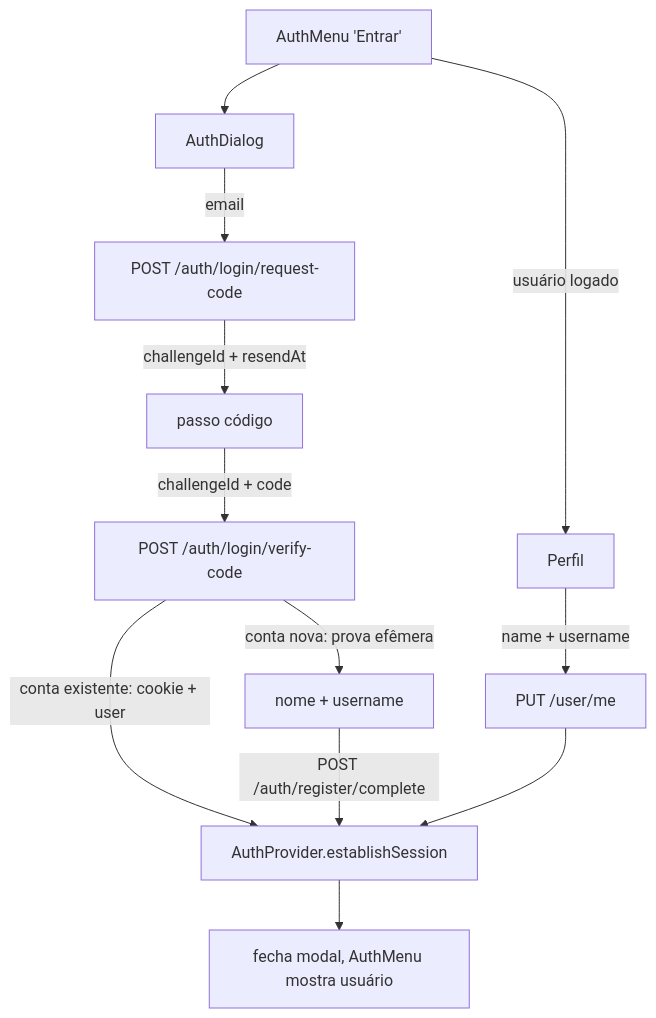
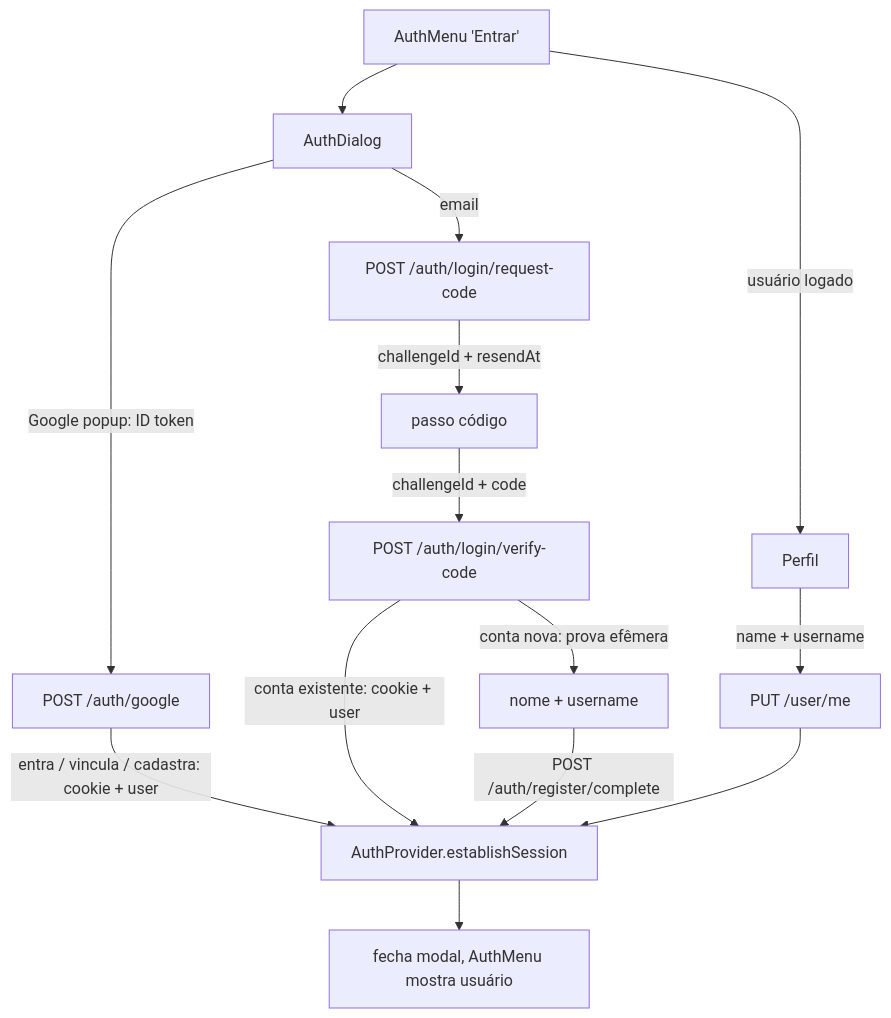
The second of 2 diagrams in doc/admin/area-admin.md (RaeII/cidoa), drawn with Mermaid before and after one commit. The commit also changed other lines of this file and 9 other files, not shown here.

````diff
--- a/doc/admin/area-admin.md
+++ b/doc/admin/area-admin.md
@@ -129,14 +131,16 @@
 ```mermaid
 flowchart TD
     Btn[AuthMenu 'Entrar'] --> Modal[AuthDialog]
+    Modal -->|Google popup: ID token| GG[POST /auth/google]
+    GG -->|entra / vincula / cadastra: cookie + user| AP
     Modal -->|email| RC[POST /auth/login/request-code]
     RC -->|challengeId + resendAt| Code[passo código]
     Code -->|challengeId + code| VC[POST /auth/login/verify-code]
     VC -->|conta existente: cookie + user| AP[AuthProvider.establishSession]
     VC -->|conta nova: prova efêmera| Cadastro[nome + username]
     Cadastro -->|POST /auth/register/complete| AP
     AP --> Close[fecha modal, AuthMenu mostra usuário]
     Btn -->|usuário logado| Profile[Perfil]
     Profile -->|name + username| Update[PUT /user/me]
     Update --> AP
 ```
````
